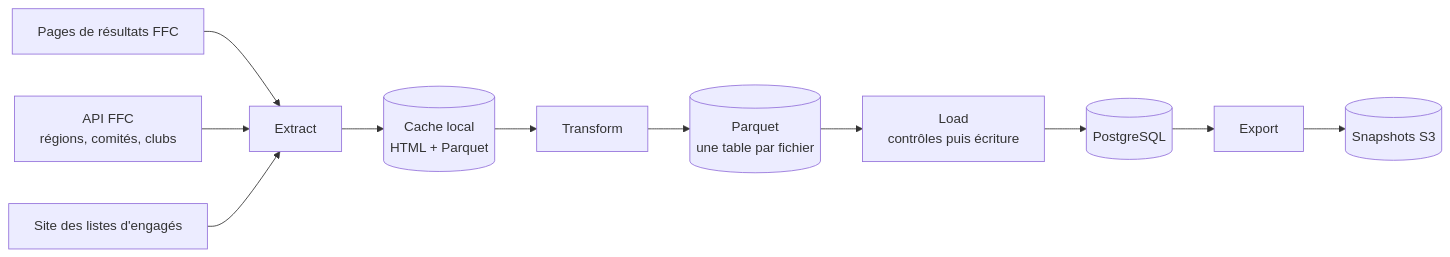
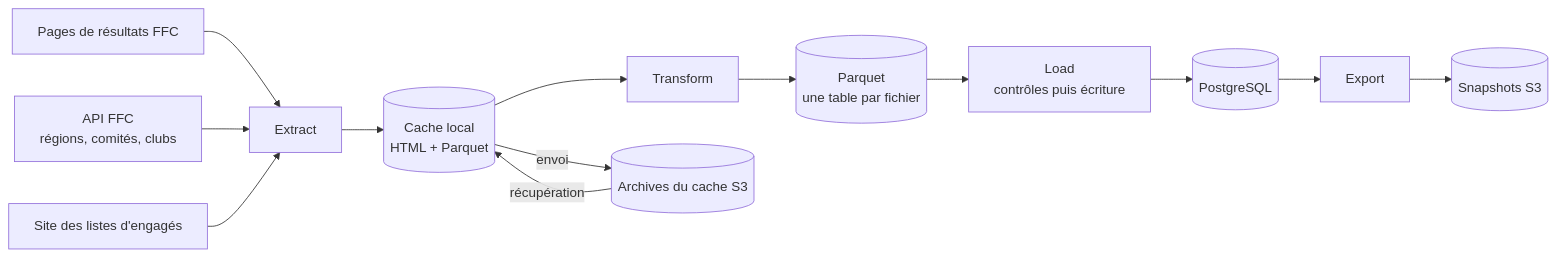
The first of 2 diagrams in README.md (YoannRobert/access-it), drawn with Mermaid before and after one commit. The commit also changed other lines of this file and 1 other file, not shown here.

````diff
--- a/README.md
+++ b/README.md
@@ -24,12 +24,14 @@
 ```mermaid
 flowchart LR
     FFC[Pages de résultats FFC] --> E[Extract]
     API[API FFC<br/>régions, comités, clubs] --> E
     SL[Site des listes d'engagés] --> E
     E --> C[(Cache local<br/>HTML + Parquet)]
     C --> T[Transform]
     T --> P[(Parquet<br/>une table par fichier)]
     P --> L[Load<br/>contrôles puis écriture]
     L --> DB[(PostgreSQL)]
     DB --> S[Export] --> S3[(Snapshots S3)]
+    AR[(Archives du cache S3)] -- récupération --> C
+    C -- envoi --> AR
 ```
````
